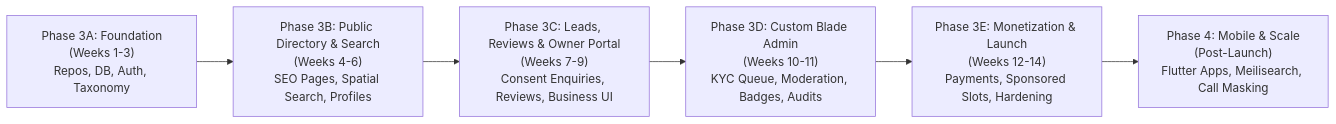
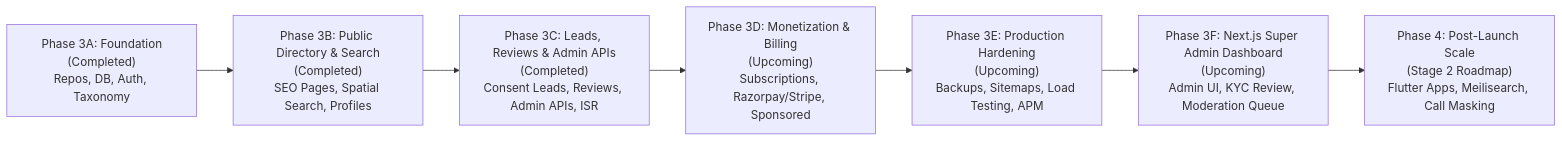
The diagram in docs/14-development-roadmap.md (SanjayJai/neargrid), drawn with Mermaid before and after one commit. The commit also changed other lines of this file and 31 other files, not shown here.

````diff
--- a/docs/14-development-roadmap.md
+++ b/docs/14-development-roadmap.md
@@ -13,8 +13,9 @@
 ```mermaid
 flowchart LR
-    P3A["Phase 3A: Foundation<br/>(Weeks 1-3)<br/>Repos, DB, Auth, Taxonomy"] --> P3B["Phase 3B: Public Directory & Search<br/>(Weeks 4-6)<br/>SEO Pages, Spatial Search, Profiles"]
-    P3B --> P3C["Phase 3C: Leads, Reviews & Owner Portal<br/>(Weeks 7-9)<br/>Consent Enquiries, Reviews, Business UI"]
-    P3C --> P3D["Phase 3D: Custom Blade Admin<br/>(Weeks 10-11)<br/>KYC Queue, Moderation, Badges, Audits"]
-    P3D --> P3E["Phase 3E: Monetization & Launch<br/>(Weeks 12-14)<br/>Payments, Sponsored Slots, Hardening"]
-    P3E --> P4["Phase 4: Mobile & Scale<br/>(Post-Launch)<br/>Flutter Apps, Meilisearch, Call Masking"]
+    P3A["Phase 3A: Foundation<br/>(Completed)<br/>Repos, DB, Auth, Taxonomy"] --> P3B["Phase 3B: Public Directory & Search<br/>(Completed)<br/>SEO Pages, Spatial Search, Profiles"]
+    P3B --> P3C["Phase 3C: Leads, Reviews & Admin APIs<br/>(Completed)<br/>Consent Leads, Reviews, Admin APIs, ISR"]
+    P3C --> P3D["Phase 3D: Monetization & Billing<br/>(Upcoming)<br/>Subscriptions, Razorpay/Stripe, Sponsored"]
+    P3D --> P3E["Phase 3E: Production Hardening<br/>(Upcoming)<br/>Backups, Sitemaps, Load Testing, APM"]
+    P3E --> P3F["Phase 3F: Next.js Super Admin Dashboard<br/>(Upcoming)<br/>Admin UI, KYC Review, Moderation Queue"]
+    P3F --> P4["Phase 4: Post-Launch Scale<br/>(Stage 2 Roadmap)<br/>Flutter Apps, Meilisearch, Call Masking"]
 ```
````
